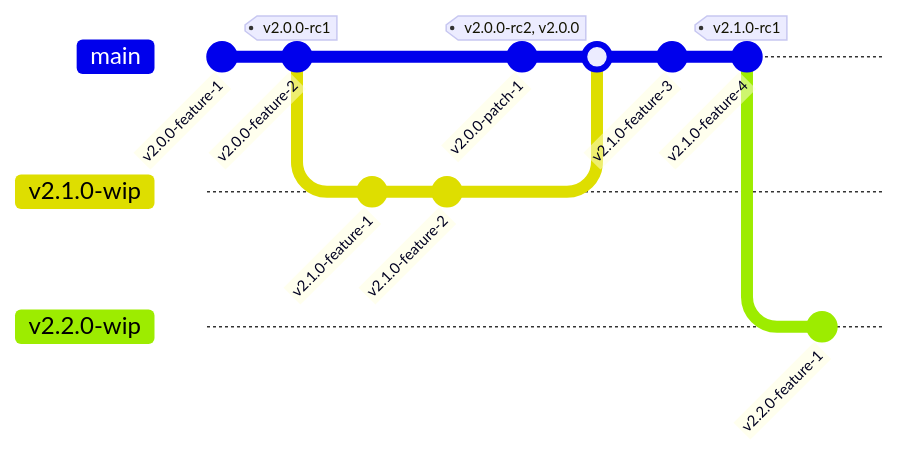
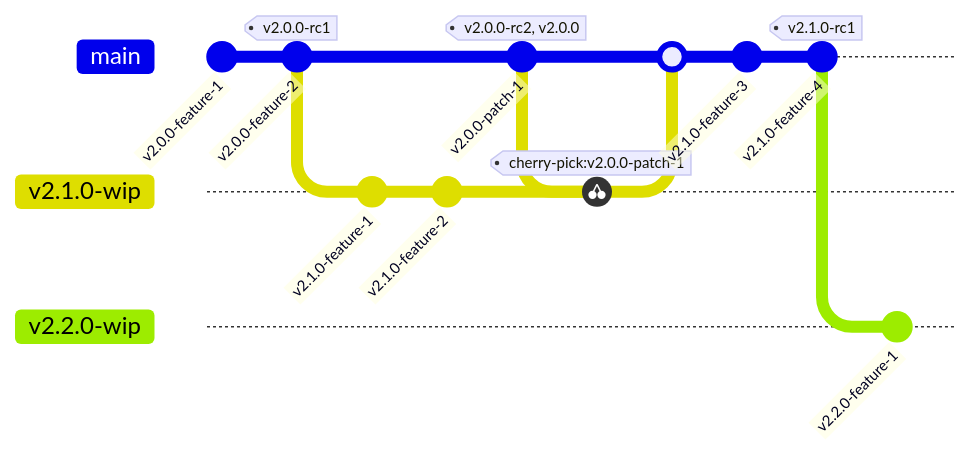
The ninth of 9 diagrams in README.md (nhsuk/manage-vaccinations-in-schools), drawn with Mermaid before and after one commit. The commit also changed other lines of this file, not shown here.

First line of the commit message:
Update diagrams

````diff
--- a/README.md
+++ b/README.md
@@ -248,17 +253,20 @@
 ```mermaid
 gitGraph
 commit id: "v2.0.0-feature-1"
 commit id: "v2.0.0-feature-2" tag: "v2.0.0-rc1"
 branch v2.1.0-wip
 checkout v2.1.0-wip
 commit id: "v2.1.0-feature-1"
 commit id: "v2.1.0-feature-2"
 checkout main
 commit id: "v2.0.0-patch-1" tag:"v2.0.0-rc2, v2.0.0"
+checkout v2.1.0-wip
+cherry-pick id: "v2.0.0-patch-1"
+checkout main
 merge v2.1.0-wip
 commit id: "v2.1.0-feature-3"
 commit id: "v2.1.0-feature-4" tag: "v2.1.0-rc1"
 branch v2.2.0-wip
 checkout v2.2.0-wip
 commit id: "v2.2.0-feature-1"
 ```
````
